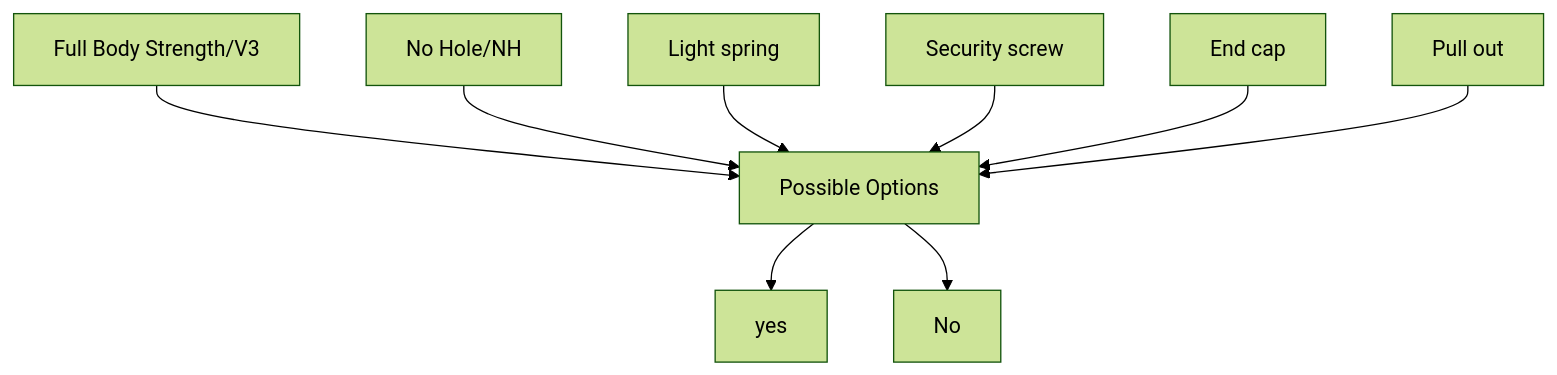
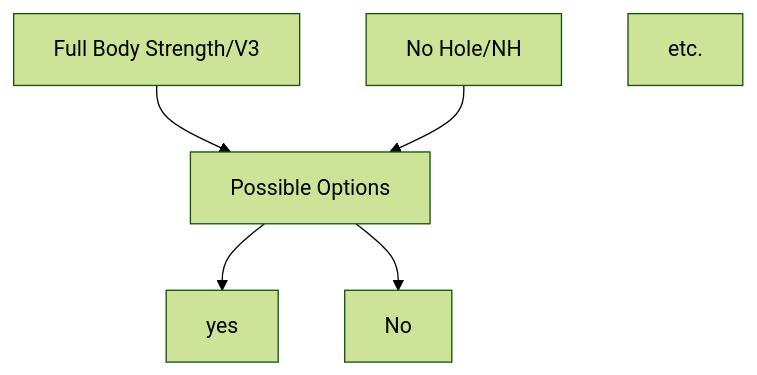
Before and after one commit to alokdas81/diamond-pricebook-diagram: diagram 32 of 41 in README.md, drawn with Mermaid (forest theme). The commit also changed other lines of this file and 3 other files, not shown here.

````diff
--- a/README.md
+++ b/README.md
@@ -1044,15 +1072,12 @@
 ```mermaid
 flowchart TD
 
 A[Full Body Strength/V3]
 B[No Hole/NH]
 P[Possible Options]
 A --> P 
 B --> P 
-C[Light spring] --> P 
-D[Security screw] --> P 
-E[End cap] --> P 
-F[Pull out] --> P 
+G[etc.] 
 P --> Y[yes] 
 P --> N[No] 
 ```
````
